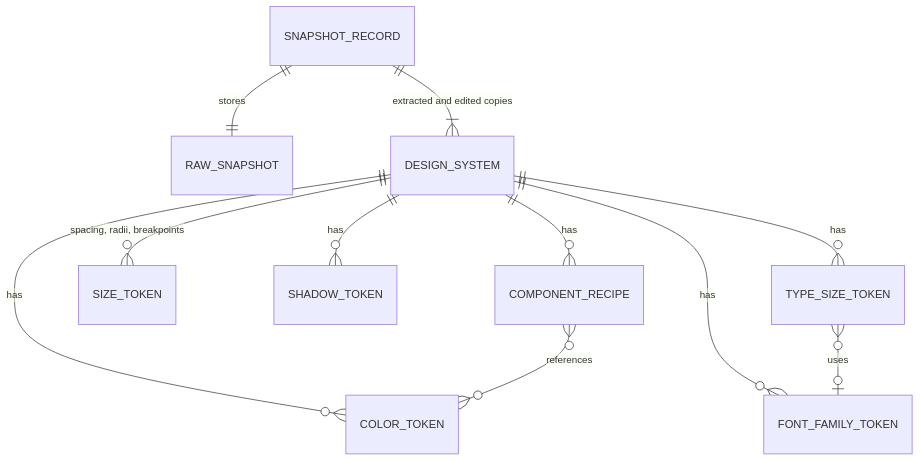
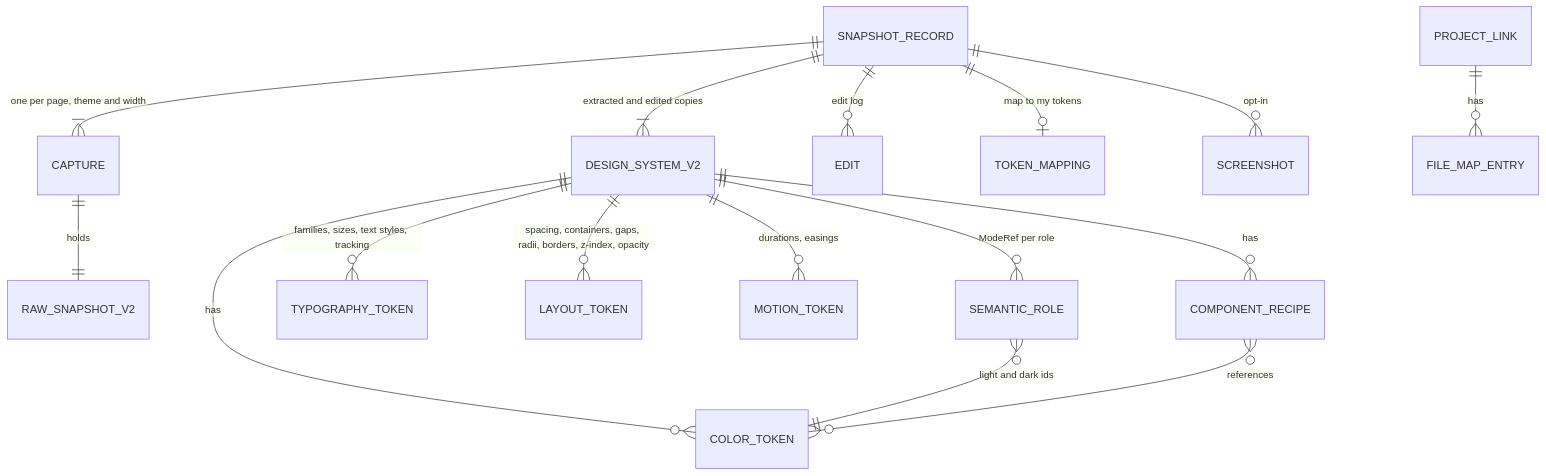
One commit to ankitmaurya-16/webstyle-extractor-for-ai-agents changed the diagram in docs/data-model.md. Above: the diagram before and after it, drawn with Mermaid. The commit also changed other lines of this file and 14 other files, not shown here.

````diff
--- a/docs/data-model.md
+++ b/docs/data-model.md
@@ -7,13 +7,18 @@
 ```mermaid
 erDiagram
-  SNAPSHOT_RECORD ||--|| RAW_SNAPSHOT : stores
-  SNAPSHOT_RECORD ||--|{ DESIGN_SYSTEM : "extracted and edited copies"
-  DESIGN_SYSTEM ||--o{ COLOR_TOKEN : has
-  DESIGN_SYSTEM ||--o{ FONT_FAMILY_TOKEN : has
-  DESIGN_SYSTEM ||--o{ TYPE_SIZE_TOKEN : has
-  DESIGN_SYSTEM ||--o{ SIZE_TOKEN : "spacing, radii, breakpoints"
-  DESIGN_SYSTEM ||--o{ SHADOW_TOKEN : has
-  DESIGN_SYSTEM ||--o{ COMPONENT_RECIPE : has
-  TYPE_SIZE_TOKEN }o--o| FONT_FAMILY_TOKEN : uses
+  SNAPSHOT_RECORD ||--|{ CAPTURE : "one per page, theme and width"
+  CAPTURE ||--|| RAW_SNAPSHOT_V2 : holds
+  SNAPSHOT_RECORD ||--|{ DESIGN_SYSTEM_V2 : "extracted and edited copies"
+  SNAPSHOT_RECORD ||--o{ EDIT : "edit log"
+  SNAPSHOT_RECORD ||--o| TOKEN_MAPPING : "map to my tokens"
+  SNAPSHOT_RECORD ||--o{ SCREENSHOT : "opt-in"
+  DESIGN_SYSTEM_V2 ||--o{ COLOR_TOKEN : has
+  DESIGN_SYSTEM_V2 ||--o{ SEMANTIC_ROLE : "ModeRef per role"
+  DESIGN_SYSTEM_V2 ||--o{ TYPOGRAPHY_TOKEN : "families, sizes, text styles, tracking"
+  DESIGN_SYSTEM_V2 ||--o{ LAYOUT_TOKEN : "spacing, containers, gaps, radii, borders, z-index, opacity"
+  DESIGN_SYSTEM_V2 ||--o{ MOTION_TOKEN : "durations, easings"
+  DESIGN_SYSTEM_V2 ||--o{ COMPONENT_RECIPE : has
+  SEMANTIC_ROLE }o--|| COLOR_TOKEN : "light and dark ids"
   COMPONENT_RECIPE }o--o{ COLOR_TOKEN : references
+  PROJECT_LINK ||--o{ FILE_MAP_ENTRY : has
 ```
````
